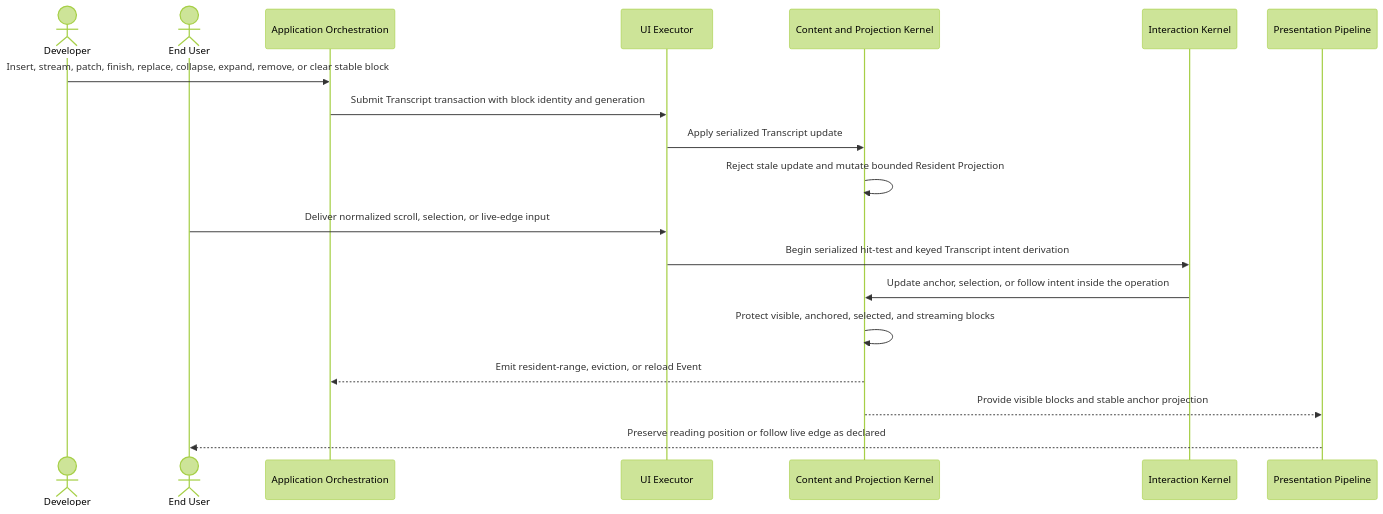
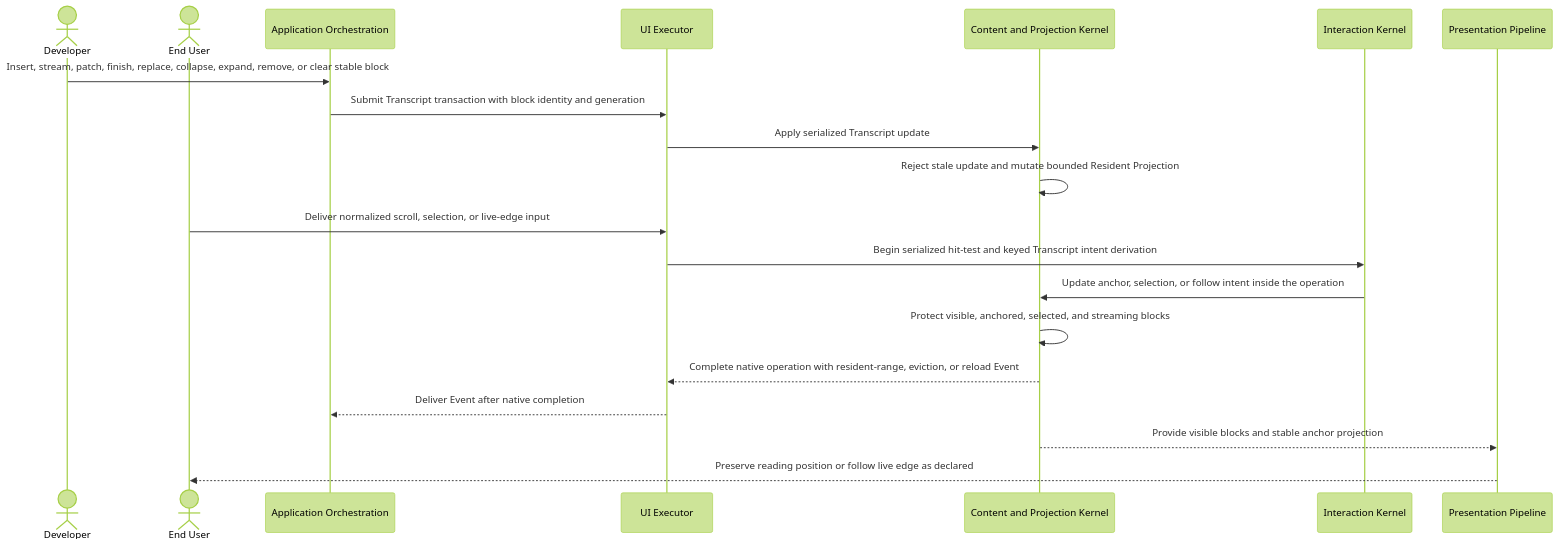
Before and after one commit to Tuvren/tuvren-tui: the diagram in .constitution/architecture/flows/transcript-streaming.md, drawn with Mermaid (forest theme). The commit also changed other lines of this file and 6 other files, not shown here.

First line of the commit message:
docs: complete native work before application delivery

````diff
--- a/.constitution/architecture/flows/transcript-streaming.md
+++ b/.constitution/architecture/flows/transcript-streaming.md
@@ -9,22 +9,23 @@
 ```mermaid
 sequenceDiagram
     actor Dev as Developer
     actor EU as End User
     participant Orch as Application Orchestration
     participant Exec as UI Executor
     participant Content as Content and Projection Kernel
     participant Interact as Interaction Kernel
     participant Present as Presentation Pipeline
 
     Dev->>Orch: Insert, stream, patch, finish, replace, collapse, expand, remove, or clear stable block
     Orch->>Exec: Submit Transcript transaction with block identity and generation
     Exec->>Content: Apply serialized Transcript update
     Content->>Content: Reject stale update and mutate bounded Resident Projection
     EU->>Exec: Deliver normalized scroll, selection, or live-edge input
     Exec->>Interact: Begin serialized hit-test and keyed Transcript intent derivation
     Interact->>Content: Update anchor, selection, or follow intent inside the operation
     Content->>Content: Protect visible, anchored, selected, and streaming blocks
-    Content-->>Orch: Emit resident-range, eviction, or reload Event
+    Content-->>Exec: Complete native operation with resident-range, eviction, or reload Event
+    Exec-->>Orch: Deliver Event after native completion
     Content-->>Present: Provide visible blocks and stable anchor projection
     Present-->>EU: Preserve reading position or follow live edge as declared
 ```
````
